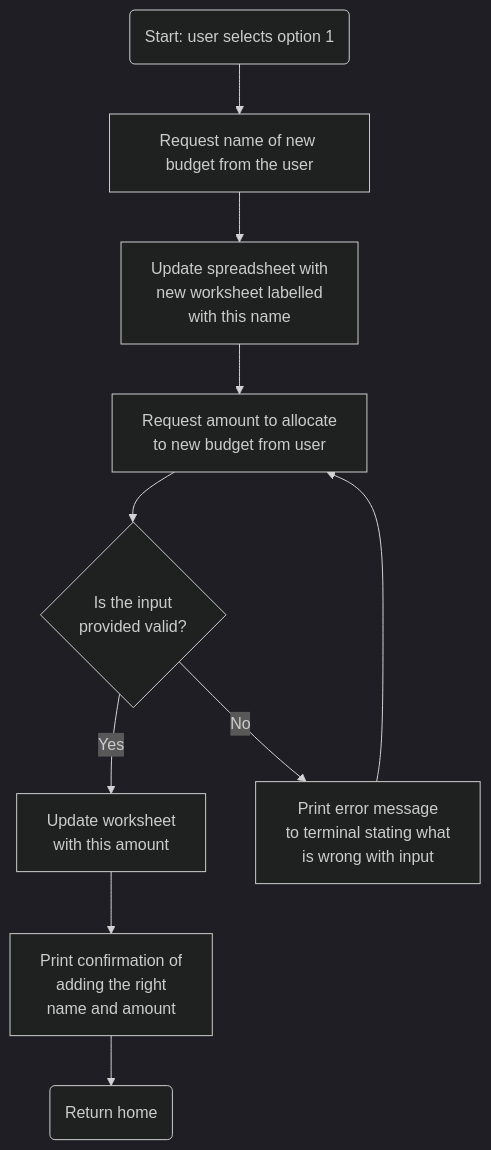
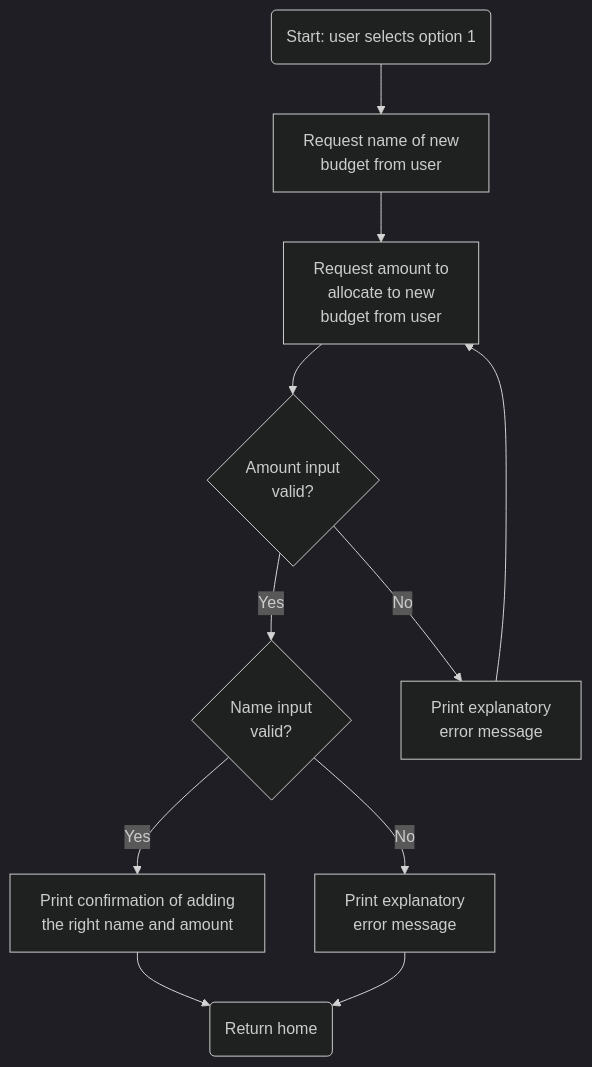
Before and after one commit to EvitaKnits/Cashflow-Companion: the second of 8 diagrams in README.md, drawn with Mermaid (dark theme). The commit also changed other lines of this file and 1 other file, not shown here.

````diff
--- a/README.md
+++ b/README.md
@@ -143,12 +197,13 @@
 ``` mermaid
 flowchart TD
-    A(Start: user selects option 1) --> B[Request name of new budget from the user]
-    B --> C[Update spreadsheet with \n new worksheet labelled \n with this name]
-    C --> D[Request amount to allocate \n to new budget from user]
-    D --> F{Is the input \n provided valid?}
-    F -->|Yes| G[Update worksheet \n with this amount]
-    F -->|No| H[Print error message \n to terminal stating what \n is wrong with input]
-    H -->D
-    G --> I[Print confirmation of \n adding the right \n name and amount]
-    I --> J(Return home)
+    A(Start: user selects option 1) --> B[Request name of new\n budget from user]
+    B-->C[Request amount to \n allocate to new\n budget from user]
+    C-->D{Amount input\n valid?}
+    D-->|Yes|E{Name input\n valid?}
+    D-->|No|F[Print explanatory\n error message]
+    F-->C
+    E-->|Yes|G[Print confirmation of adding\n the right name and amount]
+    E-->|No|H[Print explanatory\n error message]
+    G-->I(Return home)
+    H-->I
 ```
````
